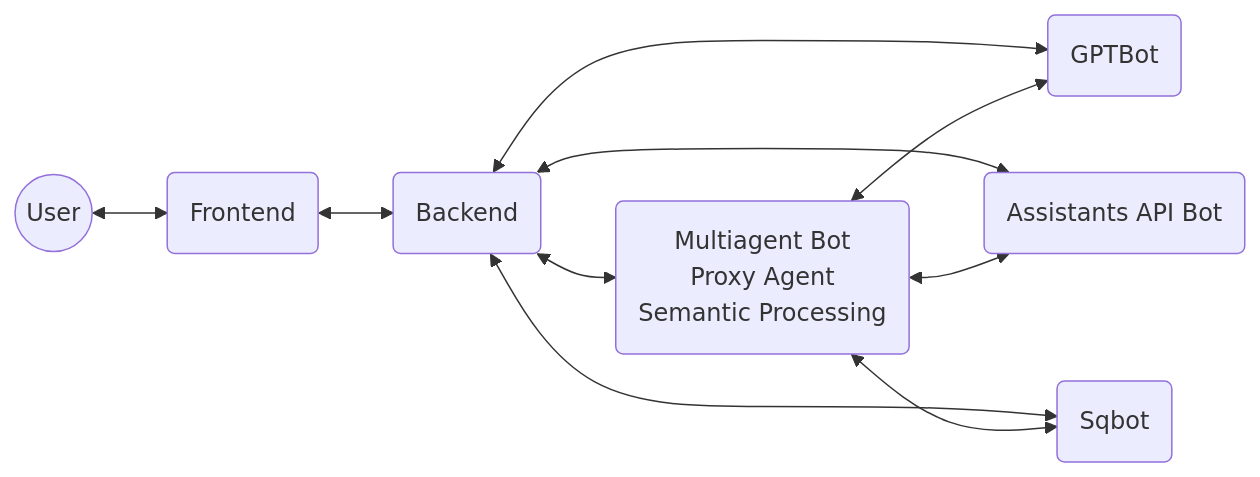
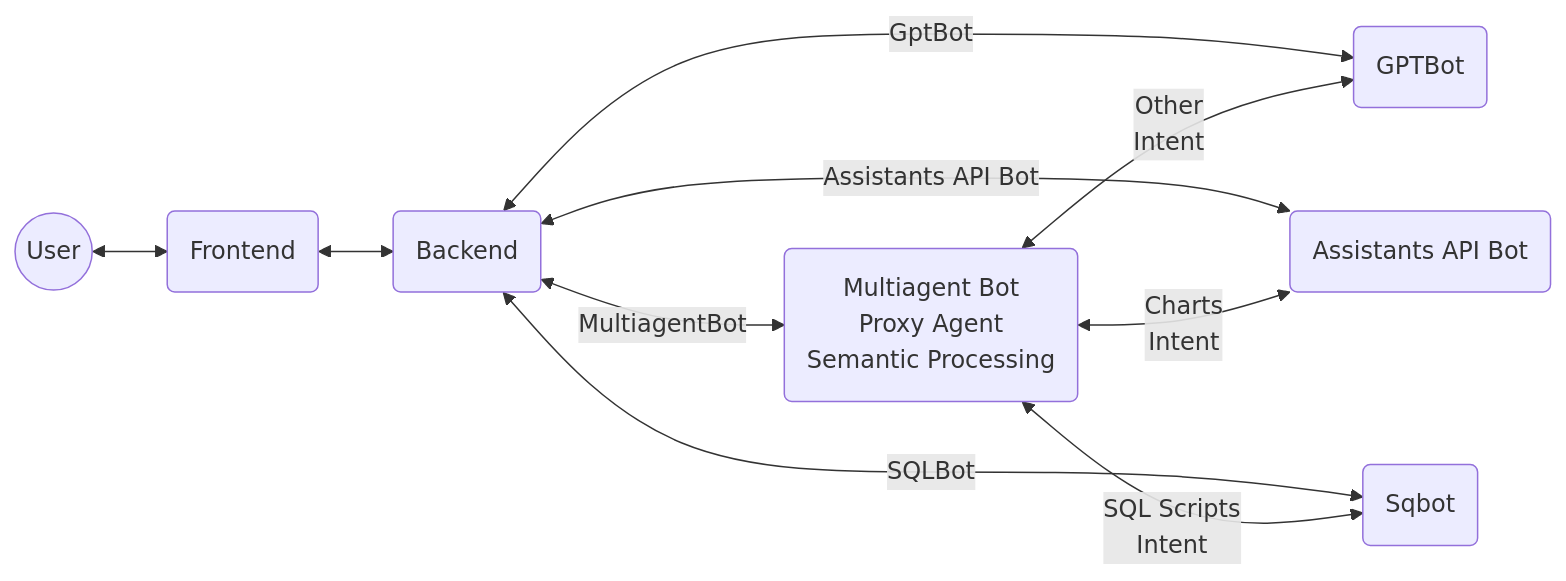
The diagram in README.md (msalemor/adventureworks-viewer-ai), drawn with Mermaid before and after one commit.

````diff
--- a/README.md
+++ b/README.md
@@ -11,12 +11,12 @@
 ```mermaid
 graph LR;
   A((User))<-->F(Frontend)
   F<-->B(Backend)
-  B<-->O(GPTBot)
-  B<-->Asst(Assistants API Bot)
-  B<-->SQL(Sqbot)
-  B<-->M(Multiagent Bot<br/>Proxy Agent<br/>Semantic Processing)
-  M<-->O
-  M<-->SQL
-  M<-->Asst
+  B<--GptBot-->O(GPTBot)
+  B<--Assistants API Bot-->Asst(Assistants API Bot)
+  B<--SQLBot-->SQL(Sqbot)
+  B<--MultiagentBot-->M(Multiagent Bot<br/>Proxy Agent<br/>Semantic Processing)
+  M<--Other<br/>Intent-->O
+  M<--SQL Scripts<br/>Intent-->SQL
+  M<--Charts<br/>Intent-->Asst
 ```
````
